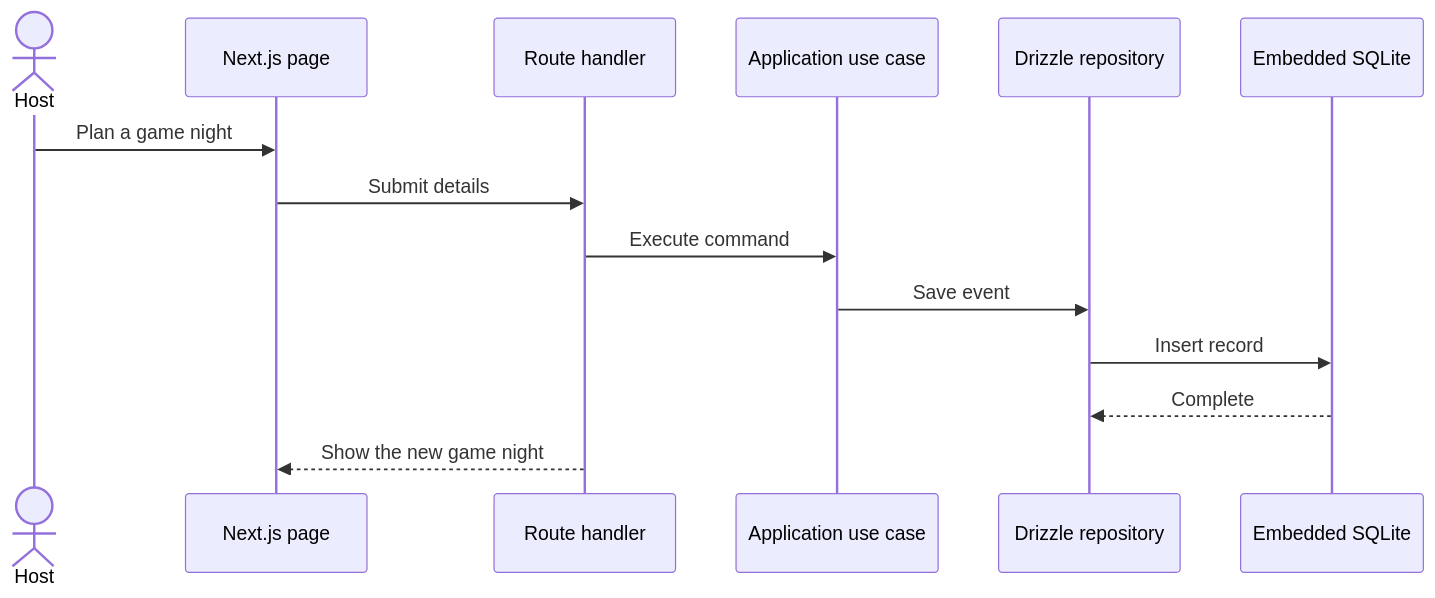
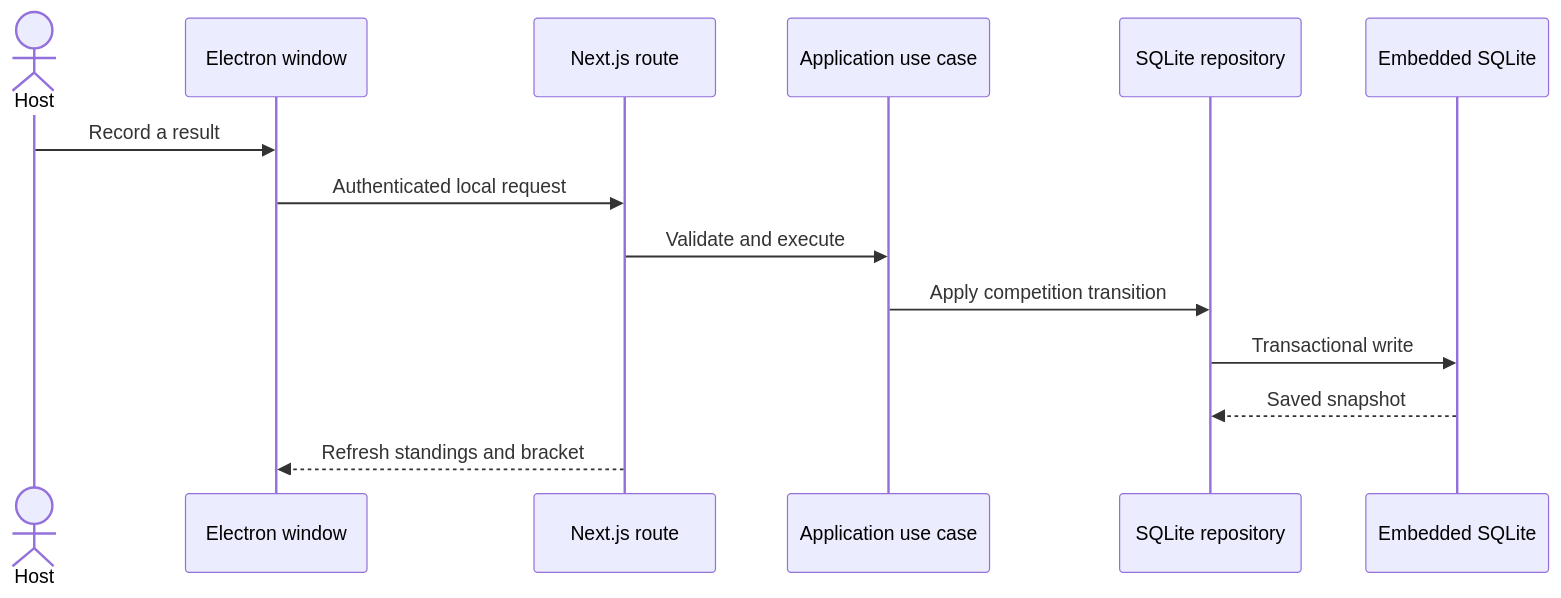
Before and after one commit to TemuulenMunhkjargal/GameManager: the diagram in docs/architecture.md, drawn with Mermaid. The commit also changed other lines of this file and 159 other files, not shown here.

````diff
--- a/docs/architecture.md
+++ b/docs/architecture.md
@@ -43,17 +58,17 @@
 ```mermaid
 sequenceDiagram
   actor Host
-  participant UI as Next.js page
-  participant API as Route handler
+  participant UI as Electron window
+  participant API as Next.js route
   participant UseCase as Application use case
-  participant Repo as Drizzle repository
+  participant Repo as SQLite repository
   participant DB as Embedded SQLite
 
-  Host->>UI: Plan a game night
-  UI->>API: Submit details
-  API->>UseCase: Execute command
-  UseCase->>Repo: Save event
-  Repo->>DB: Insert record
-  DB-->>Repo: Complete
-  API-->>UI: Show the new game night
+  Host->>UI: Record a result
+  UI->>API: Authenticated local request
+  API->>UseCase: Validate and execute
+  UseCase->>Repo: Apply competition transition
+  Repo->>DB: Transactional write
+  DB-->>Repo: Saved snapshot
+  API-->>UI: Refresh standings and bracket
 ```
````
